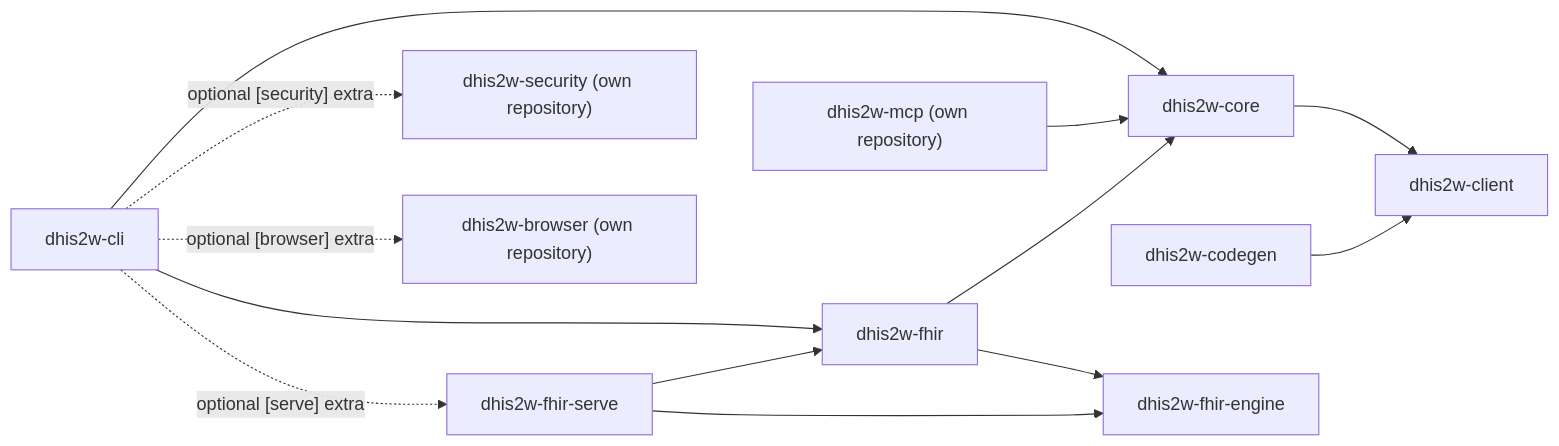
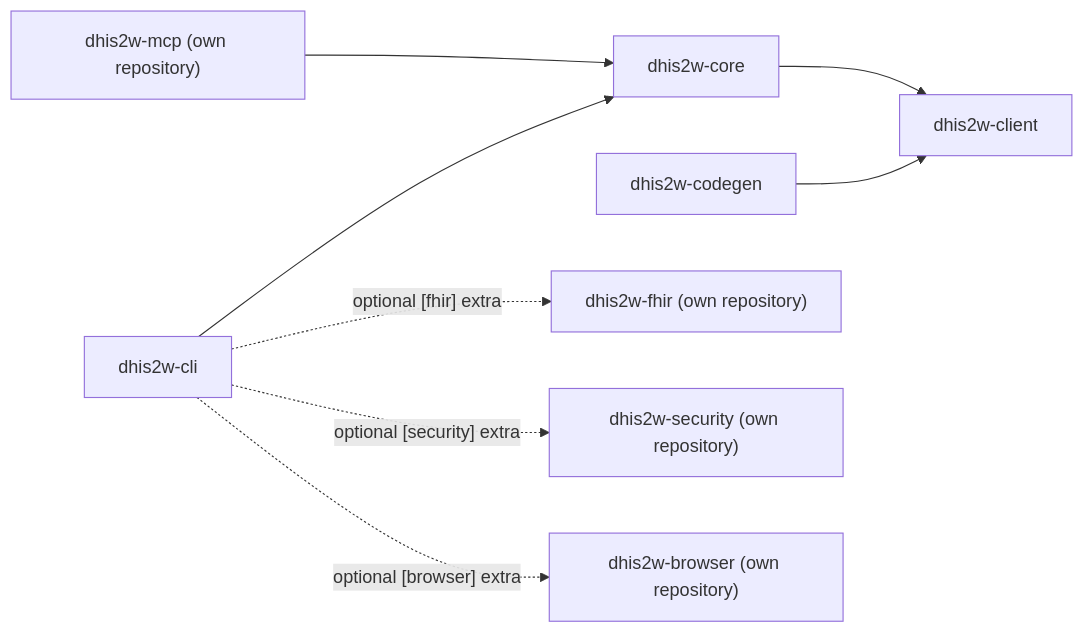
The diagram in CLAUDE.md (winterop-com/dhis2w), drawn with Mermaid before and after one commit. The commit also changed other lines of this file and 2293 other files, not shown here.

````diff
--- a/CLAUDE.md
+++ b/CLAUDE.md
@@ -52,24 +51,16 @@
 ```mermaid
 graph LR
     cli["dhis2w-cli"]
     mcp["dhis2w-mcp (own repository)"]
     core["dhis2w-core"]
     codegen["dhis2w-codegen"]
     client["dhis2w-client"]
-    fhir["dhis2w-fhir"]
-    fhirserve["dhis2w-fhir-serve"]
-    fhirengine["dhis2w-fhir-engine"]
 
     cli --> core
     mcp --> core
-    cli --> fhir
-    fhir --> core
-    fhir --> fhirengine
-    fhirserve --> fhir
-    fhirserve --> fhirengine
     core --> client
     codegen --> client
-    cli -.->|"optional [serve] extra"| fhirserve
+    cli -.->|"optional [fhir] extra"| fhir["dhis2w-fhir (own repository)"]
     cli -.->|"optional [security] extra"| security["dhis2w-security (own repository)"]
     cli -.->|"optional [browser] extra"| browser["dhis2w-browser (own repository)"]
 ```
````
